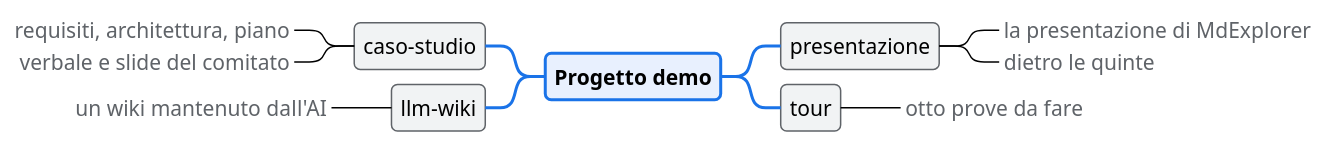
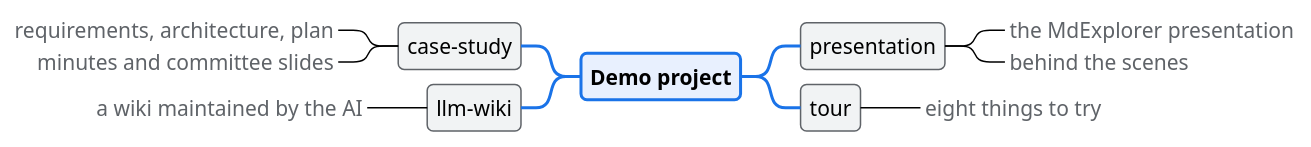
The diagram in README.md (salaroglio/mdexplorer-demo), drawn with PlantUML before and after one commit. The commit also changed other lines of this file and 64 other files, not shown here.

First line of the commit message:
feat(demo): English version of the demo project

````diff
--- a/README.md
+++ b/README.md
@@ -51,36 +50,36 @@
 ```plantuml
 @startmindmap
 !theme plain
 <style>
 mindmapDiagram {
   node {
     BackgroundColor #F1F3F4
     LineColor #5F6368
     RoundCorner 8
     Padding 6
   }
   :depth(0) {
     BackgroundColor #E8F0FE
     LineColor #1A73E8
     LineThickness 2
     FontStyle bold
   }
   boxless {
     FontColor #5F6368
   }
 }
 </style>
-* Progetto demo
-** presentazione
-***_ la presentazione di MdExplorer
-***_ dietro le quinte
+* Demo project
+** presentation
+***_ the MdExplorer presentation
+***_ behind the scenes
 ** tour
-***_ otto prove da fare
+***_ eight things to try
 left side
-** caso-studio
-***_ requisiti, architettura, piano
-***_ verbale e slide del comitato
+** case-study
+***_ requirements, architecture, plan
+***_ minutes and committee slides
 ** llm-wiki
-***_ un wiki mantenuto dall'AI
+***_ a wiki maintained by the AI
 @endmindmap
 ```
````
